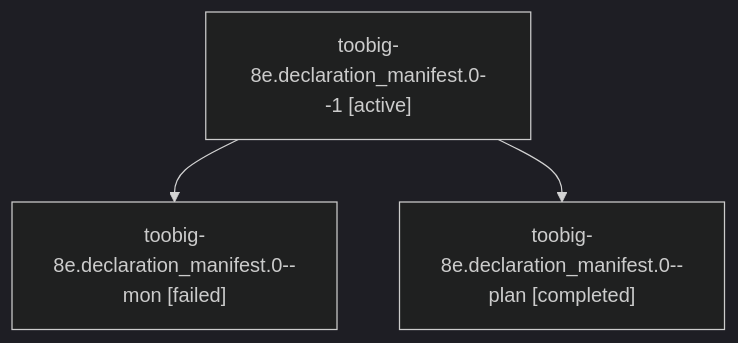
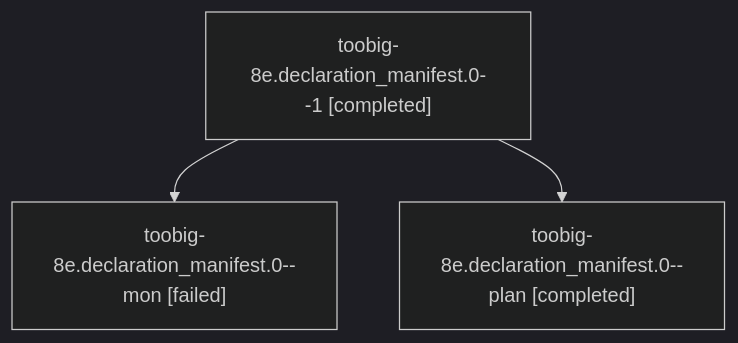
One commit to sase-org/sase--agents changed the diagram in sessions/bbugyi200.athena.toobig-8e.declaration_manifest.0.md. Above: the diagram before and after it, drawn with Mermaid (dark theme). The commit also changed other lines of this file and 15 other files, not shown here.

````diff
--- a/sessions/bbugyi200.athena.toobig-8e.declaration_manifest.0.md
+++ b/sessions/bbugyi200.athena.toobig-8e.declaration_manifest.0.md
@@ -9,8 +9,8 @@
 ```mermaid
 flowchart TD
-  n0["toobig-8e.declaration_manifest.0--1 [active]"]
+  n0["toobig-8e.declaration_manifest.0--1 [completed]"]
   n1["toobig-8e.declaration_manifest.0--mon [failed]"]
   n0 --> n1
   n2["toobig-8e.declaration_manifest.0--plan [completed]"]
   n0 --> n2
 ```
````
